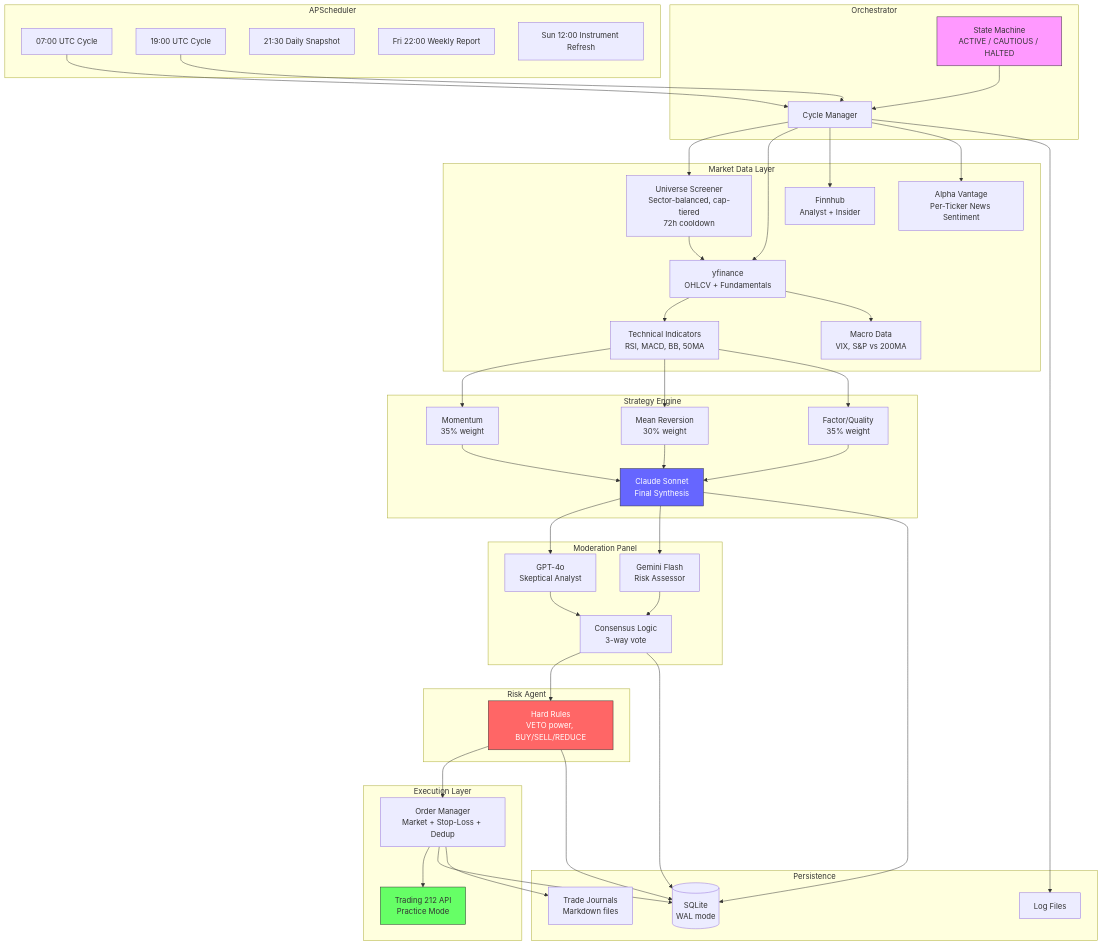
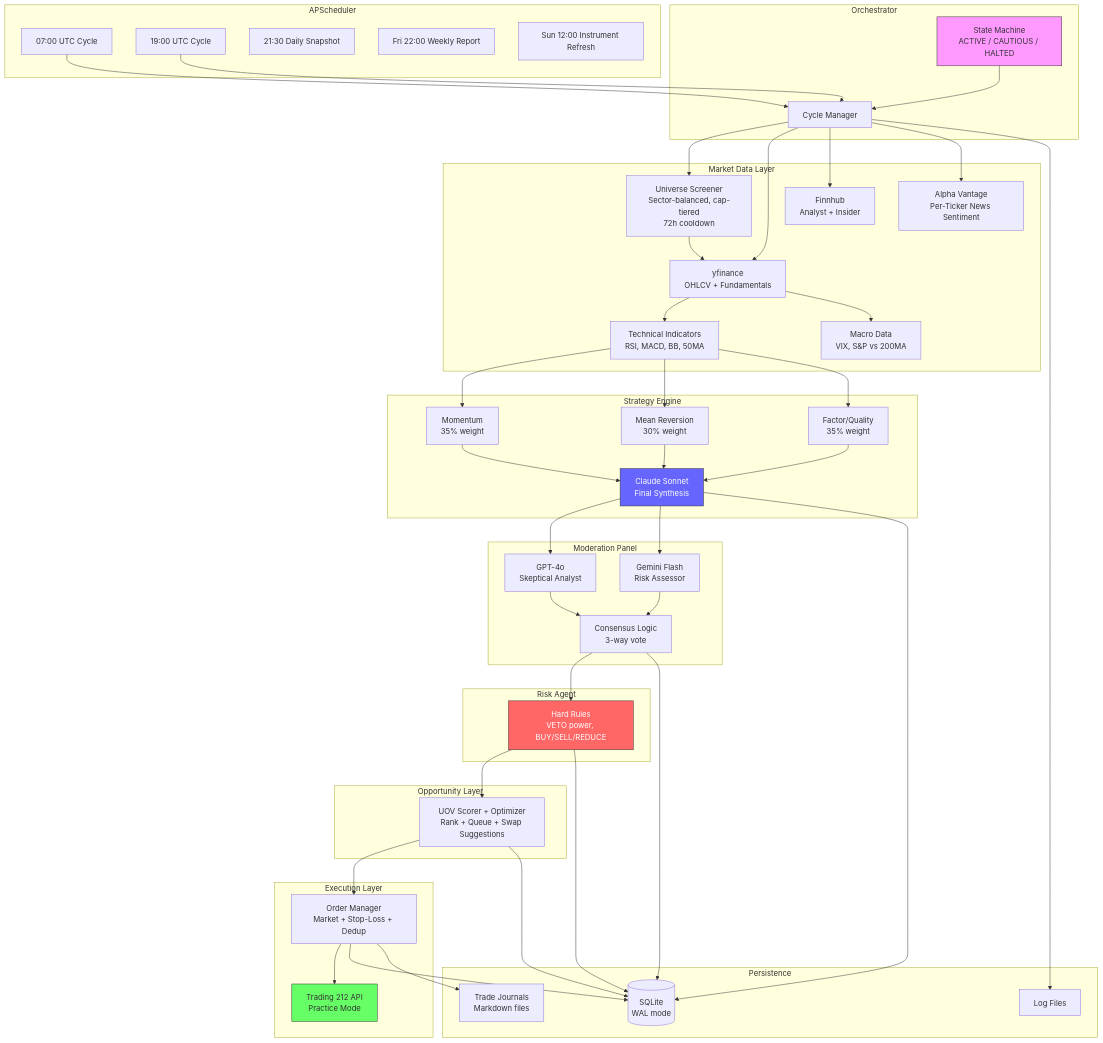
Before and after one commit to zenouz-ai/zeninvest: the first of 5 diagrams in docs/ARCHITECTURE.md, drawn with Mermaid. The commit also changed other lines of this file and 20 other files, not shown here.

First line of the commit message:
feat(opportunity): Implement UOV scoring and optimization framework

```diff
--- a/docs/ARCHITECTURE.md
+++ b/docs/ARCHITECTURE.md
@@ -265,6 +282,10 @@
         RULES[Hard Rules<br/>VETO power, BUY/SELL/REDUCE]
     end
 
+    subgraph Opportunity["Opportunity Layer"]
+        UOV[UOV Scorer + Optimizer<br/>Rank + Queue + Swap Suggestions]
+    end
+
     subgraph Execution["Execution Layer"]
         OM[Order Manager<br/>Market + Stop-Loss + Dedup]
         T212[Trading 212 API<br/>Practice Mode]
@@ -302,10 +323,12 @@
 
     CONS --> RULES
 
-    RULES --> OM
+    RULES --> UOV
+    UOV --> OM
     OM --> T212
 
     OM --> DB
+    UOV --> DB
     OM --> JOUR
     CLAUDE --> DB
     CONS --> DB
```
